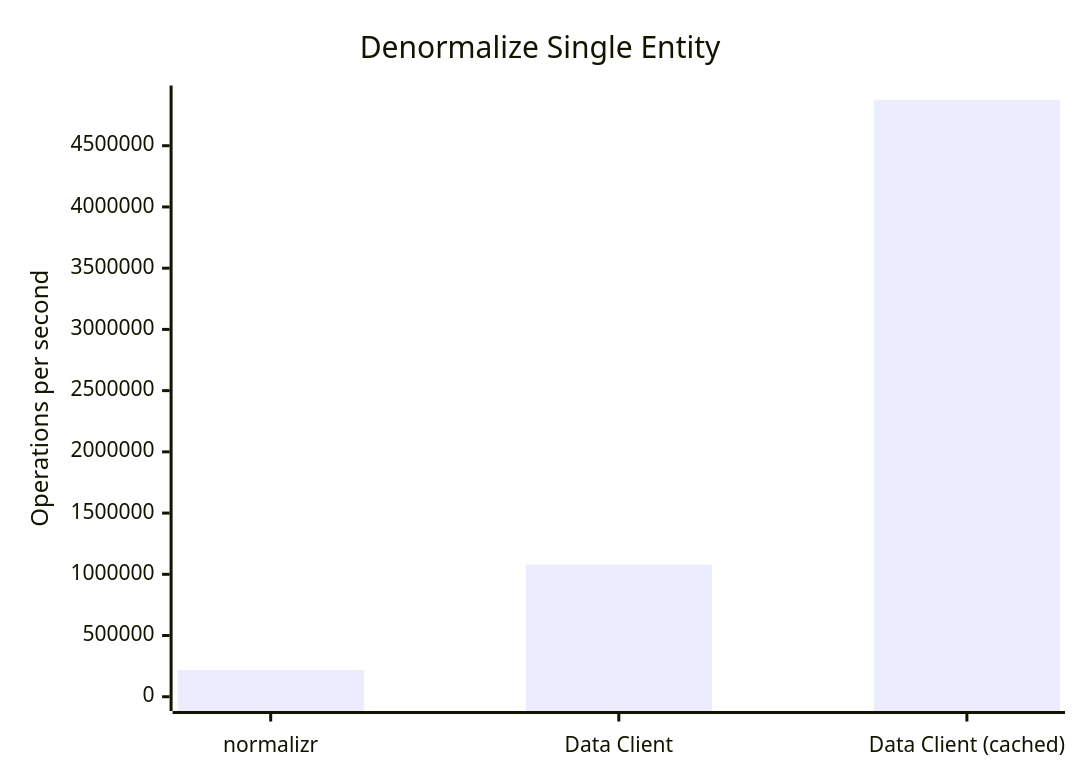
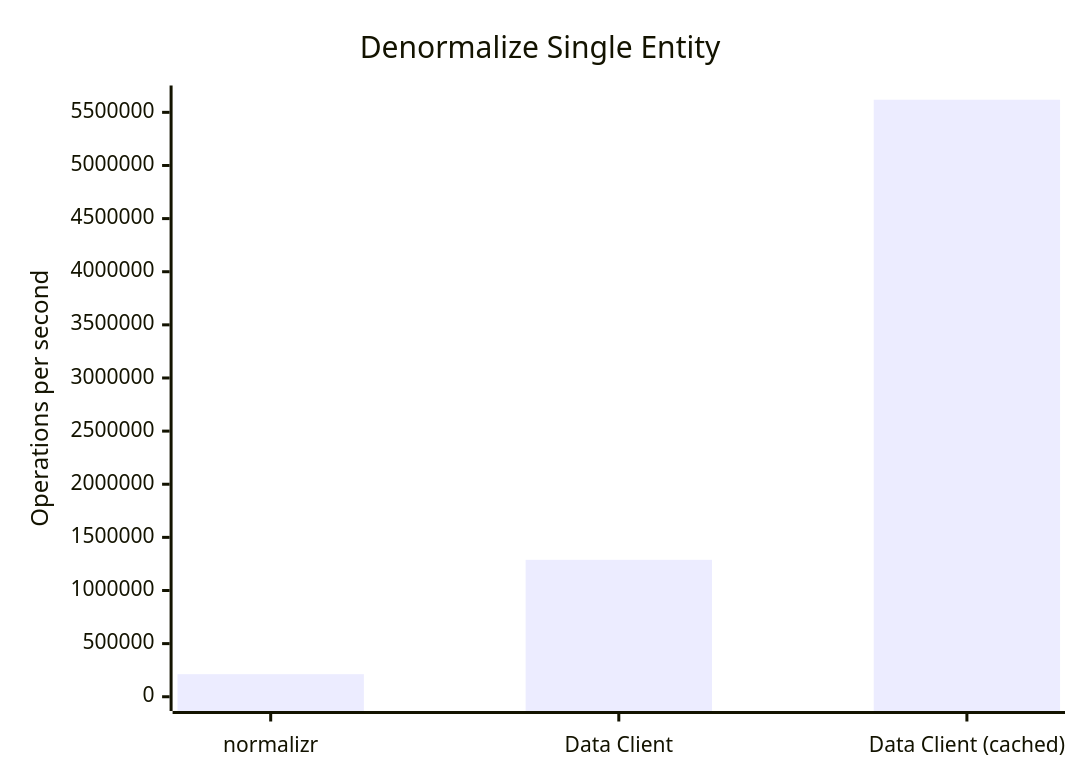
One commit to reactive/data-client changed the first of 2 diagrams in docs/core/concepts/normalization.md. Above: the diagram before and after it, drawn with Mermaid. The commit also changed other lines of this file and 2 other files, not shown here.

Commit message:
docs: Update benchmarks for new performance results

````diff
--- a/docs/core/concepts/normalization.md
+++ b/docs/core/concepts/normalization.md
@@ -390,7 +390,7 @@
 ```mermaid
 xychart-beta
     title "Denormalize Single Entity"
     x-axis [normalizr, "Data Client", "Data Client (cached)"]
-    y-axis "Operations per second" 0 --> 4875500
-    bar [218500, 1079500, 4875500]
+    y-axis "Operations per second" 0 --> 5618500
+    bar [212500, 1288500, 5618500]
 ```
````
